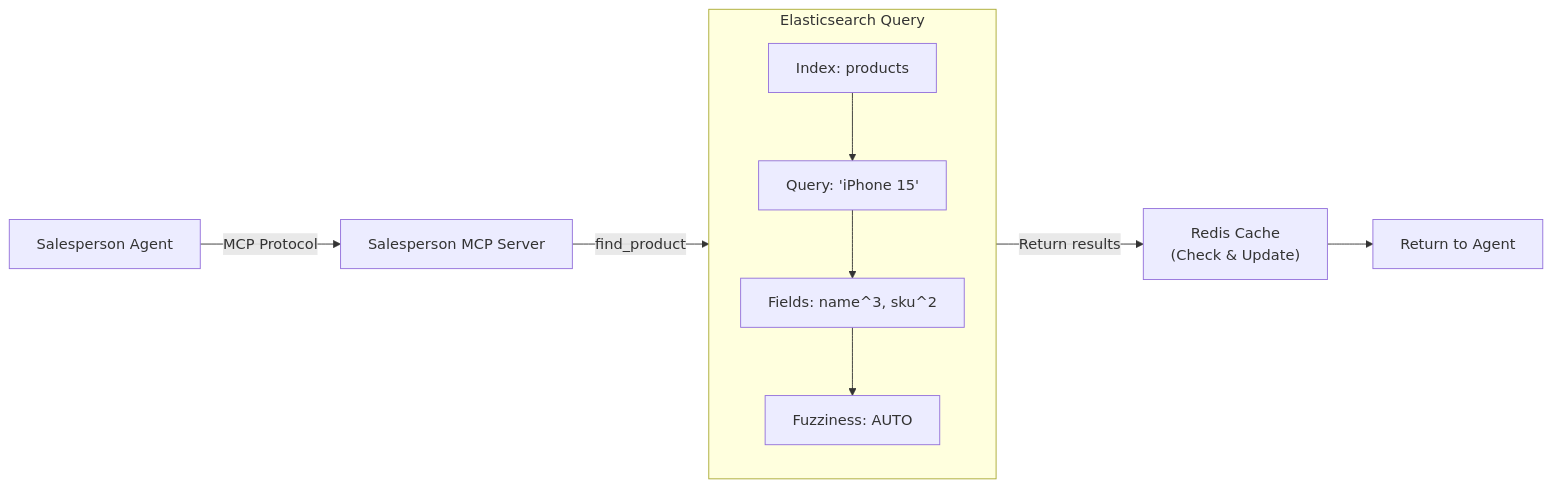
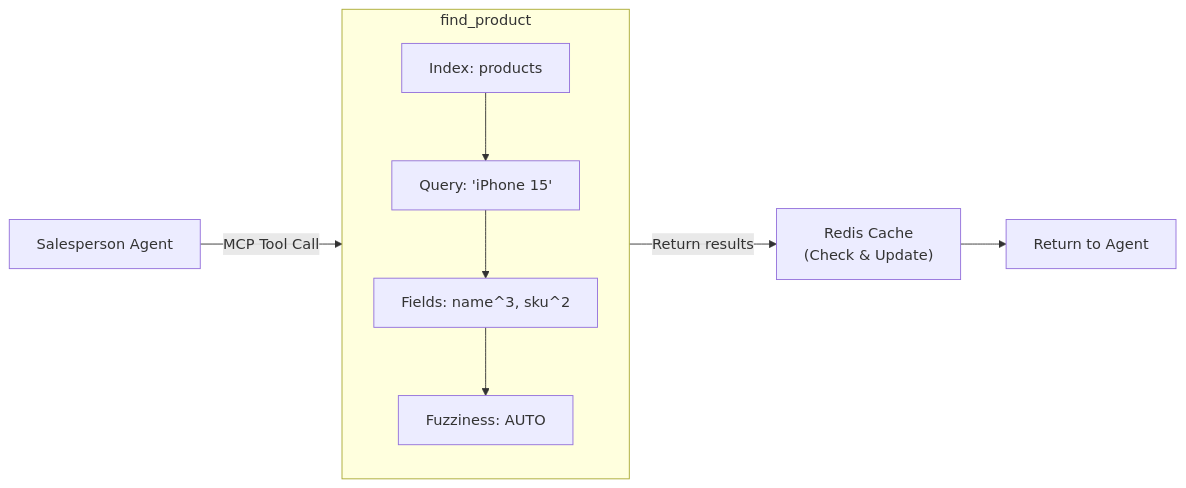
The fourth of 9 diagrams in DemoScenarios.md (biabeogo147/Agent-Ecosystem-Salesperson-and-Payment), drawn with Mermaid before and after one commit. The commit also changed other lines of this file, not shown here.

````diff
--- a/DemoScenarios.md
+++ b/DemoScenarios.md
@@ -269,24 +269,22 @@
 ```mermaid
 flowchart LR
 
     SalesAgent["Salesperson Agent"]
-    MCP["Salesperson MCP Server"]
 
-    subgraph ESQuery["Elasticsearch Query"]
+    subgraph ESQuery["find_product"]
         direction TB
         Step1["Index: products"]
         Step2["Query: 'iPhone 15'"]
         Step3["Fields: name^3, sku^2"]
         Step4["Fuzziness: AUTO"]
         Step1 --> Step2 --> Step3 --> Step4
     end
 
     Redis["Redis Cache<br/>(Check & Update)"]
     Result["Return to Agent"]
 
-    SalesAgent -->|"MCP Protocol"| MCP
-    MCP -->|"find_product"| ESQuery
+    SalesAgent -->|"MCP Tool Call"| ESQuery
     ESQuery -->|"Return results"| Redis
     Redis --> Result
 
 ```
````
